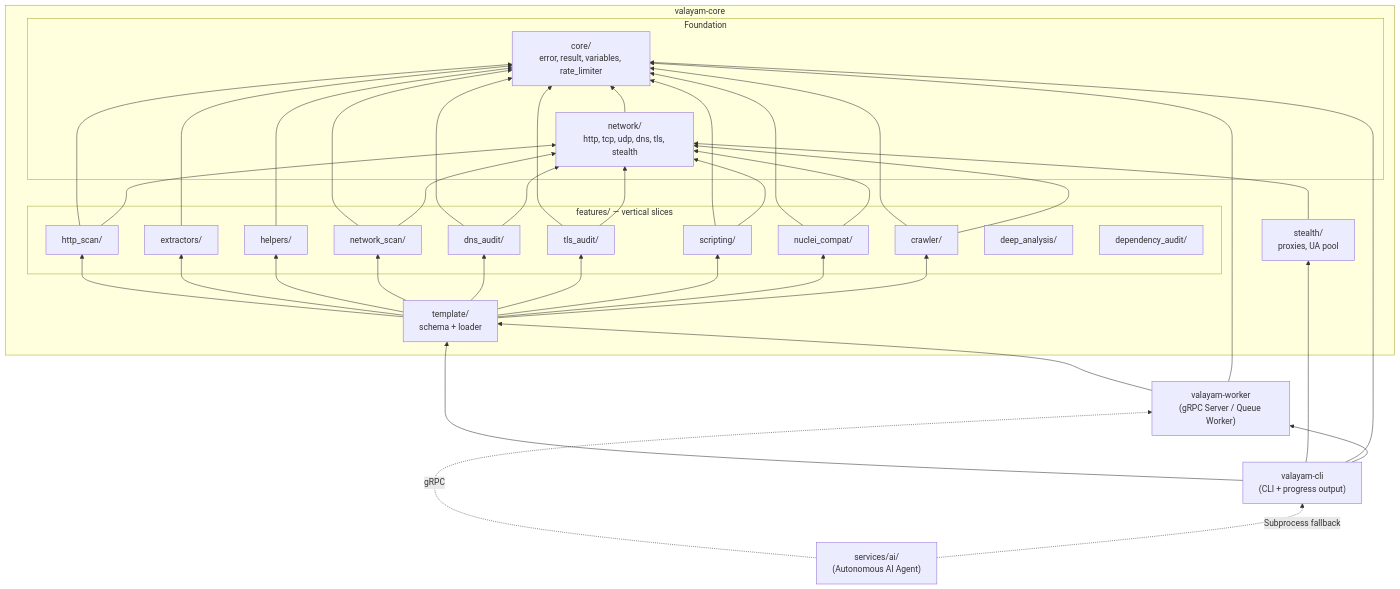
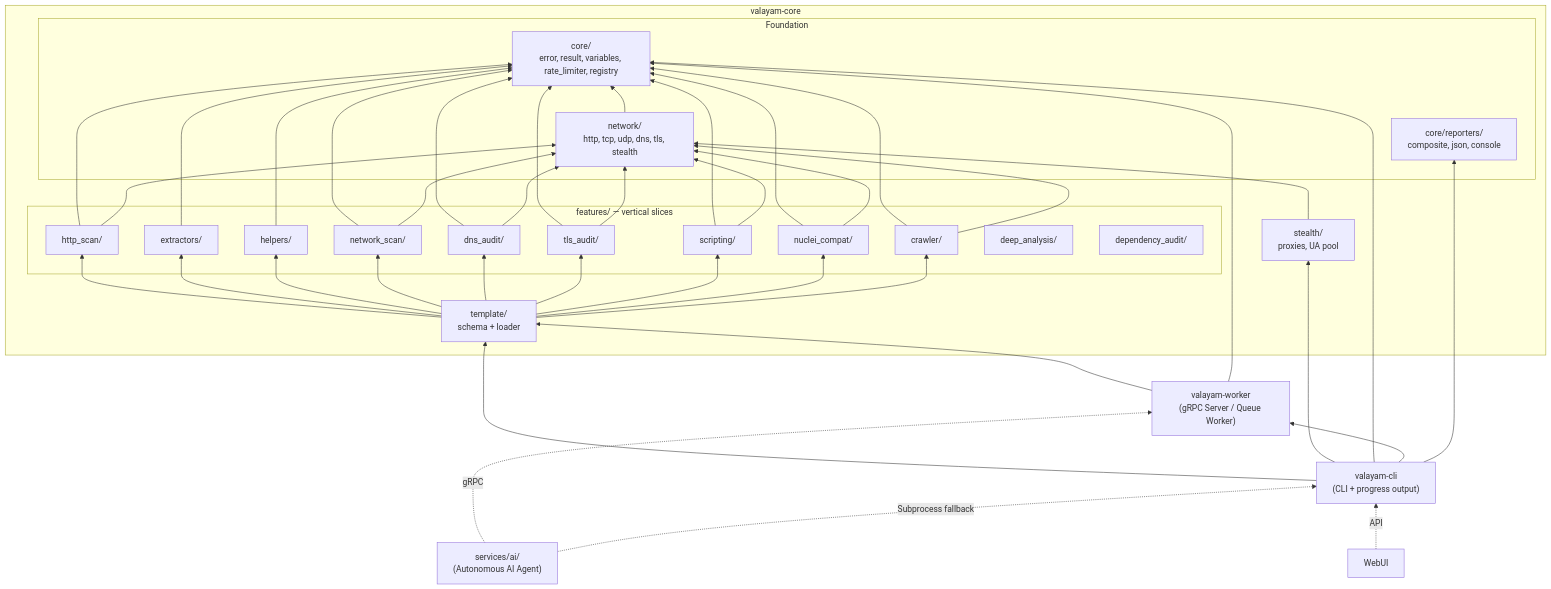
One commit to 1dveeran/valayam changed the diagram in architecture.md. Above: the diagram before and after it, drawn with Mermaid. The commit also changed other lines of this file and 27 other files, not shown here.

Commit message:
feat: implement attack graph engine, EASM modules, and project structure for core and ebpf-agent components

````diff
--- a/architecture.md
+++ b/architecture.md
@@ -42,71 +47,75 @@
 ```mermaid
 graph BT
     subgraph Core["valayam-core"]
         subgraph Foundation
-            CoreData["core/<br/>error, result, variables, rate_limiter"]
+            CoreData["core/<br/>error, result, variables, rate_limiter, registry"]
+            Reporters["core/reporters/<br/>composite, json, console"]
             Network["network/<br/>http, tcp, udp, dns, tls, stealth"]
         end
 
         subgraph Slices["features/ — vertical slices"]
             HTTP["http_scan/"]
             Extract["extractors/"]
             Helpers["helpers/"]
             NetScan["network_scan/"]
             DNS["dns_audit/"]
             TLS["tls_audit/"]
             Script["scripting/"]
             Nuclei["nuclei_compat/"]
             Crawler["crawler/"]
             DeepAnalysis["deep_analysis/"]
             DependencyAudit["dependency_audit/"]
         end
 
         Stealth["stealth/<br/>proxies, UA pool"]
         Template["template/<br/>schema + loader"]
     end
 
     CLI["valayam-cli<br/>(CLI + progress output)"]
     Worker["valayam-worker<br/>(gRPC Server / Queue Worker)"]
     AIAgent["services/ai/<br/>(Autonomous AI Agent)"]
 
     Network --> CoreData
     Stealth --> Network
 
     HTTP --> CoreData
     HTTP --> Network
     Extract --> CoreData
     Helpers --> CoreData
     NetScan --> CoreData
     NetScan --> Network
     DNS --> CoreData
     DNS --> Network
     TLS --> CoreData
     TLS --> Network
     Script --> CoreData
     Script --> Network
     Nuclei --> CoreData
     Nuclei --> Network
     Crawler --> CoreData
     Crawler --> Network
 
     Template --> HTTP
     Template --> Extract
     Template --> Helpers
     Template --> NetScan
     Template --> DNS
     Template --> TLS
     Template --> Script
     Template --> Nuclei
     Template --> Crawler
 
     CLI --> Template
     CLI --> Stealth
     CLI --> CoreData
     CLI --> Worker
+    CLI --> Reporters
 
     Worker --> Template
     Worker --> CoreData
 
     AIAgent -.->|gRPC| Worker
     AIAgent -.->|Subprocess fallback| CLI
+    
+    WebUI -.->|API| CLI
 ```
````
